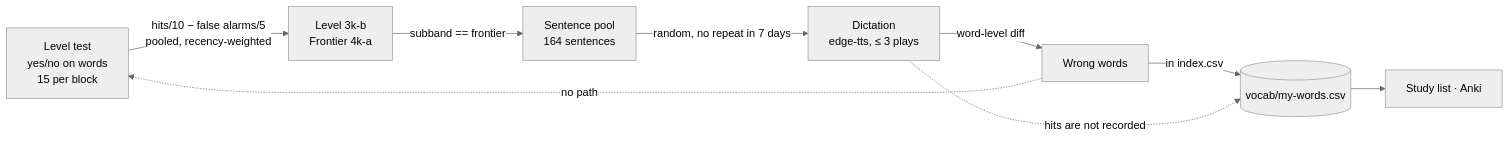
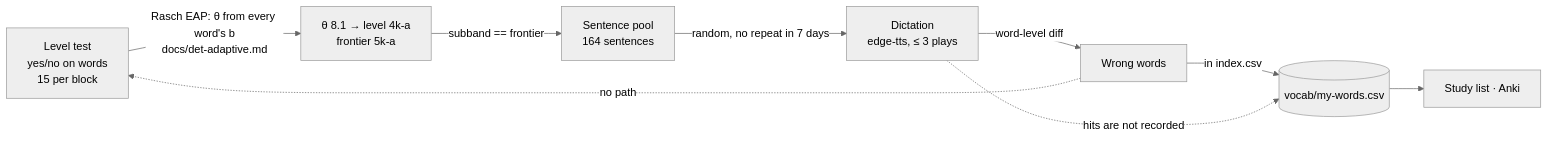
The second of 2 diagrams in docs/sentences.md (nhanpc/DET), drawn with Mermaid (neutral theme) before and after one commit. The commit also changed other lines of this file and 20 other files, not shown here.

````diff
--- a/docs/sentences.md
+++ b/docs/sentences.md
@@ -81,11 +81,11 @@
 ```mermaid
 flowchart LR
-    T[Level test<br/>yes/no on words<br/>15 per block] -->|"hits/10 − false alarms/5<br/>pooled, recency-weighted"| L[Level 3k-b<br/>Frontier 4k-a]
+    T[Level test<br/>yes/no on words<br/>15 per block] -->|"Rasch EAP: θ from every word's b<br/>docs/det-adaptive.md"| L[θ 8.1 → level 4k-a<br/>frontier 5k-a]
     L -->|"subband == frontier"| P[Sentence pool<br/>164 sentences]
     P -->|random, no repeat in 7 days| D[Dictation<br/>edge-tts, ≤ 3 plays]
     D -->|word-level diff| R[Wrong words]
     R -->|"in index.csv"| M[(vocab/my-words.csv)]
     M --> S[Study list · Anki]
     R -. no path .-> T
     D -. hits are not recorded .-> M
 ```
````
